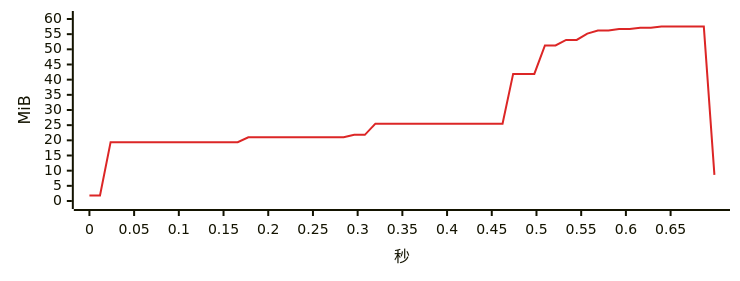
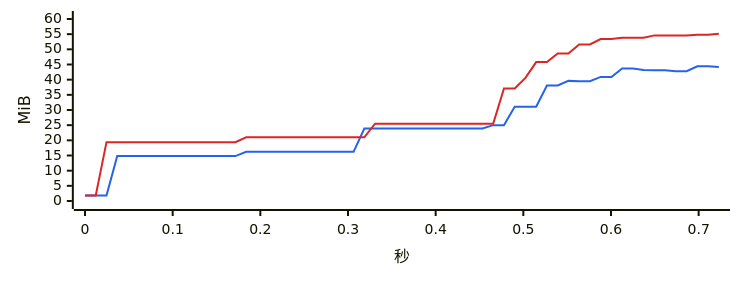
One commit to 334456777/WeFlow changed diagram 15 of 17 in bench/v4.1.0/summary.md. Above: the diagram before and after it, drawn with Mermaid. The commit also changed other lines of this file and 3 other files, not shown here.

````diff
--- a/bench/v4.1.0/summary.md
+++ b/bench/v4.1.0/summary.md
@@ -429,7 +441,8 @@
 ```mermaid
-%%{init: {"xyChart": {"width": 720, "height": 260}, "themeVariables": {"xyChart": {"plotColorPalette": "#dc2626"}}}}%%
+%%{init: {"xyChart": {"width": 720, "height": 260}, "themeVariables": {"xyChart": {"plotColorPalette": "#2563eb, #dc2626"}}}}%%
 xychart-beta
-    x-axis "秒" 0 --> 0.699
+    x-axis "秒" 0 --> 0.723
     y-axis "MiB" 0 --> 60
-    line [1.8, 1.8, 19.4, 19.4, 19.4, 19.4, 19.4, 19.4, 19.4, 19.4, 19.4, 19.4, 19.4, 19.4, 19.4, 21.0, 21.0, 21.0, 21.0, 21.0, 21.0, 21.0, 21.0, 21.0, 21.0, 21.8, 21.8, 25.5, 25.5, 25.5, 25.5, 25.5, 25.5, 25.5, 25.5, 25.5, 25.5, 25.5, 25.5, 25.5, 41.9, 41.9, 41.9, 51.3, 51.3, 53.1, 53.1, 55.2, 56.2, 56.2, 56.7, 56.7, 57.1, 57.1, 57.5, 57.5, 57.5, 57.5, 57.5, 8.6]
+    line [1.8, 1.8, 1.8, 14.8, 14.8, 14.8, 14.8, 14.8, 14.8, 14.8, 14.8, 14.8, 14.8, 14.8, 14.8, 16.2, 16.2, 16.2, 16.2, 16.2, 16.2, 16.2, 16.2, 16.2, 16.2, 16.2, 23.9, 23.9, 23.9, 23.9, 23.9, 23.9, 23.9, 23.9, 23.9, 23.9, 23.9, 23.9, 25.0, 25.0, 31.1, 31.1, 31.1, 38.1, 38.1, 39.6, 39.5, 39.5, 40.9, 40.9, 43.7, 43.7, 43.2, 43.1, 43.1, 42.8, 42.8, 44.4, 44.4, 44.2]
+    line [1.8, 1.8, 19.4, 19.4, 19.4, 19.4, 19.4, 19.4, 19.4, 19.4, 19.4, 19.4, 19.4, 19.4, 19.4, 21.0, 21.0, 21.0, 21.0, 21.0, 21.0, 21.0, 21.0, 21.0, 21.0, 21.0, 21.0, 25.5, 25.5, 25.5, 25.5, 25.5, 25.5, 25.5, 25.5, 25.5, 25.5, 25.5, 25.5, 37.1, 37.1, 40.6, 45.8, 45.8, 48.6, 48.6, 51.6, 51.6, 53.4, 53.4, 53.8, 53.8, 53.8, 54.6, 54.6, 54.6, 54.6, 54.8, 54.8, 55.1]
 ```
````
